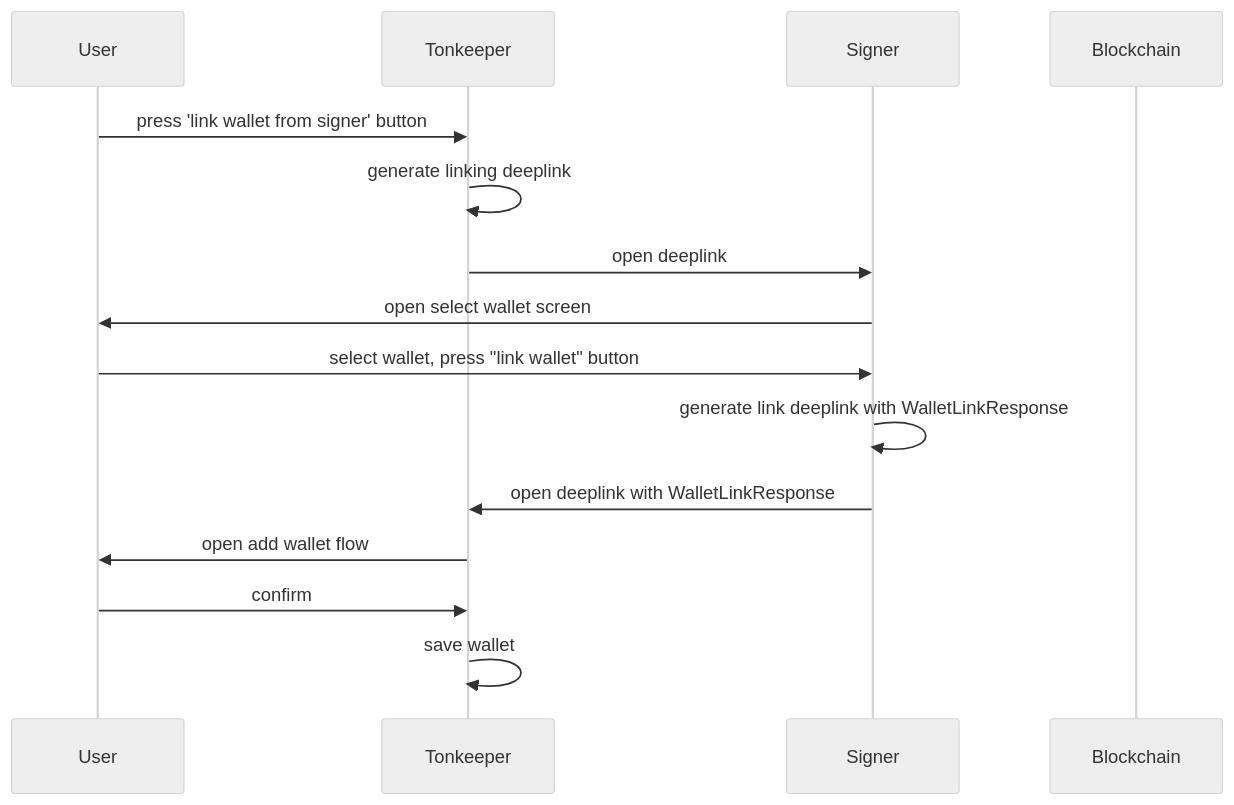
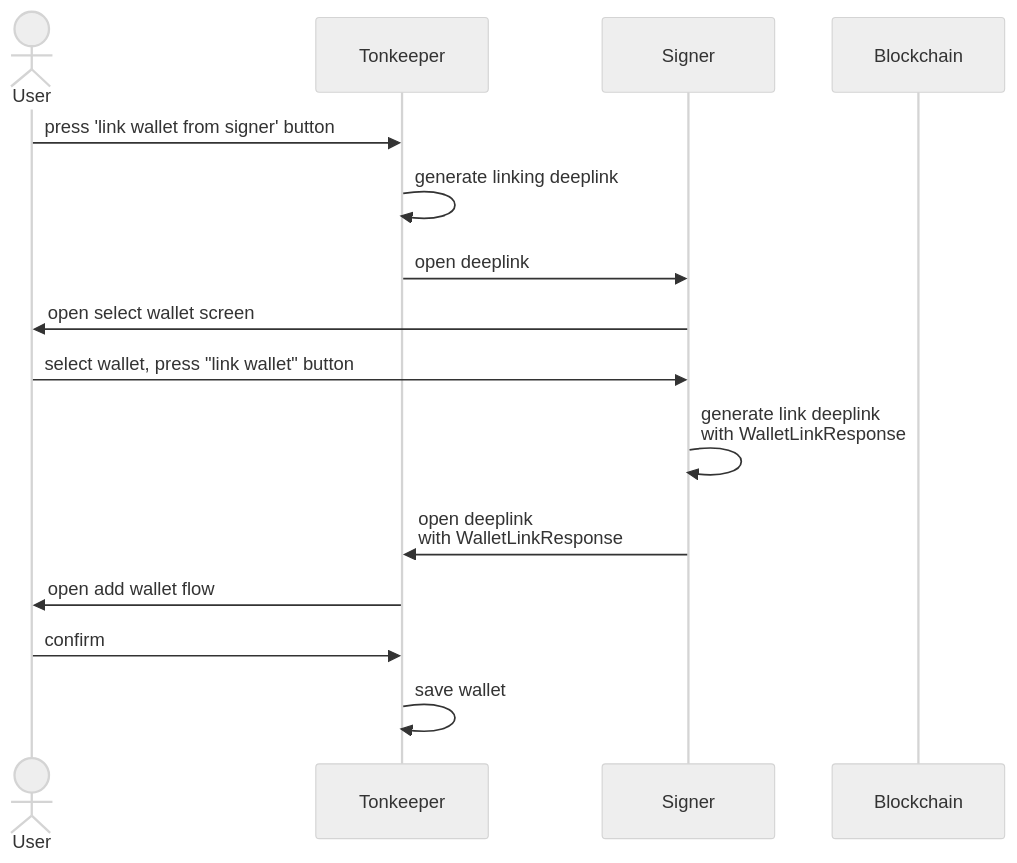
The first of 4 diagrams in pages/tonkeeper/signer.mdx (tonkeeper/tonconsole-docs), drawn with Mermaid (neutral theme) before and after one commit. The commit also changed other lines of this file, not shown here.

````diff
--- a/pages/tonkeeper/signer.mdx
+++ b/pages/tonkeeper/signer.mdx
@@ -127,18 +127,19 @@
 ```mermaid
+%%{init: { 'sequence': {'messageAlign': 'left'} }}%%
 sequenceDiagram
-    participant User
+    actor User
     participant Tonkeeper
     participant Signer
     participant Blockchain
     
     User->>Tonkeeper: press 'link wallet from signer' button
     Tonkeeper->>Tonkeeper: generate linking deeplink
     Tonkeeper->>Signer: open deeplink
     Signer->>User: open select wallet screen
     User->>Signer: select wallet, press "link wallet" button
-    Signer->>Signer: generate link deeplink with WalletLinkResponse
-    Signer->>Tonkeeper: open deeplink with WalletLinkResponse
+    Signer->>Signer: generate link deeplink <br> with WalletLinkResponse
+    Signer->>Tonkeeper: open deeplink <br> with WalletLinkResponse
     Tonkeeper->>User: open add wallet flow
     User->>Tonkeeper: confirm
     Tonkeeper->>Tonkeeper: save wallet
 ```
````
